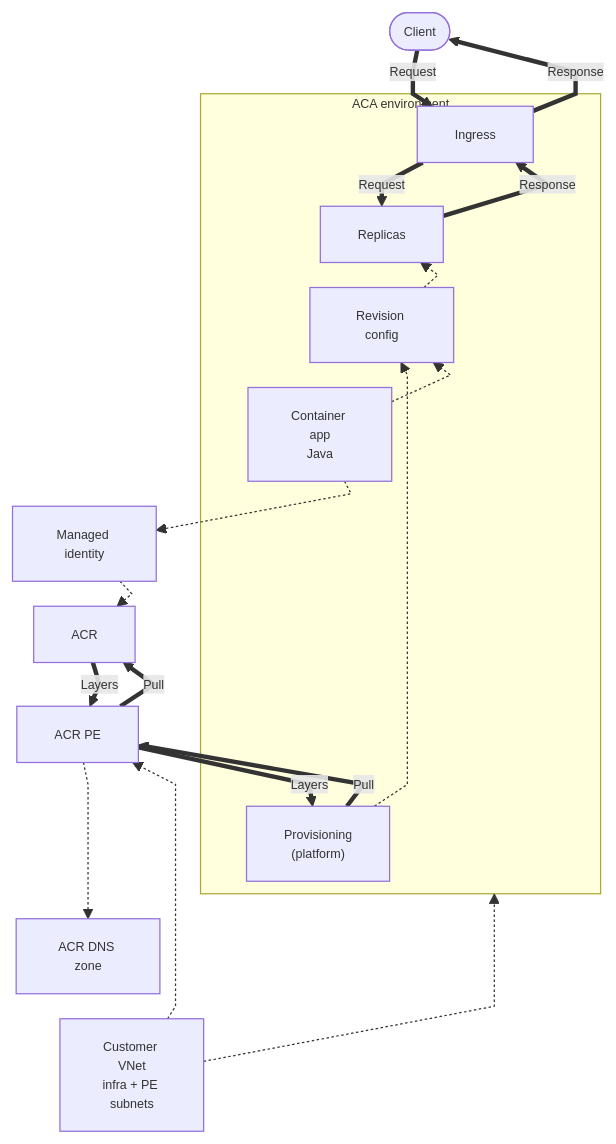
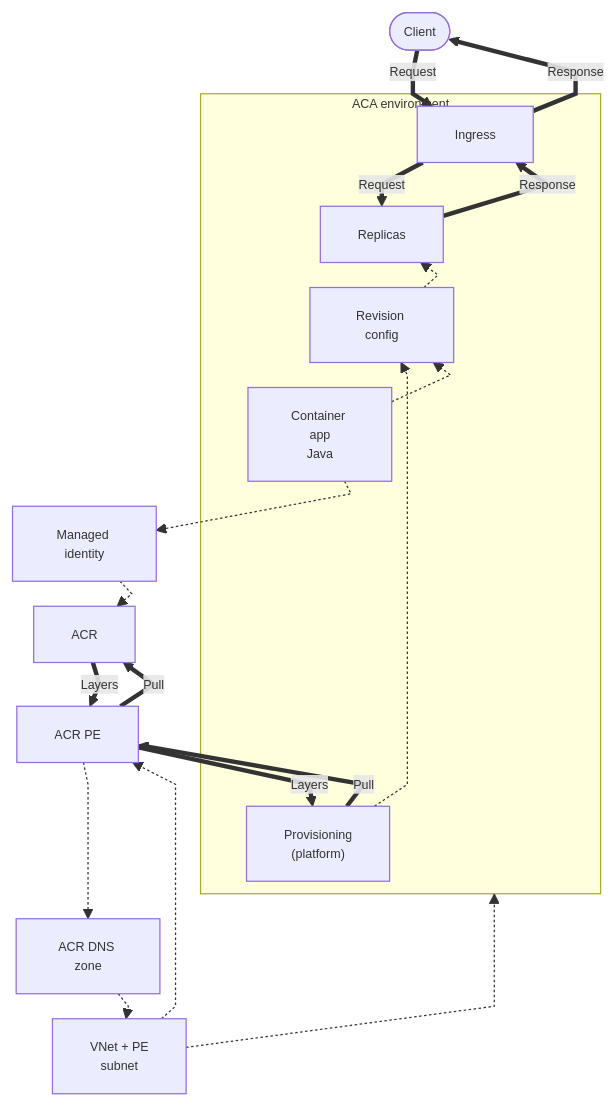
The first of 2 diagrams in docs/language-guides/java/tutorial/03-configuration.md (yeongseon/azure-container-apps-practical-guide), drawn with Mermaid before and after one commit. The commit also changed other lines of this file and 1 other file, not shown here.

Commit message:
fix(diagrams): link Java tutorial DNS zone

````diff
--- a/docs/language-guides/java/tutorial/03-configuration.md
+++ b/docs/language-guides/java/tutorial/03-configuration.md
@@ -36,36 +36,37 @@
 ```mermaid
 %%{init: {"themeVariables": {"fontSize": "10px"}, "flowchart": {"curve": "linear", "nodeSpacing": 5, "rankSpacing": 20, "diagramPadding": 2, "wrappingWidth": 55}}}%%
 flowchart TD
     accTitle: Production-ready Container Apps context for the Java tutorial
-    accDescr: Client requests and responses pass through managed ingress to Java replicas. The customer VNet contains infrastructure and private-endpoint subnets associated with the environment and ACR private endpoint. Managed identity is assigned to the app, and platform provisioning exchanges image pull requests and layer responses with ACR through that endpoint.
+    accDescr: Client requests and responses pass through managed ingress to Java replicas. The customer VNet associates with the environment and ACR private endpoint and links the endpoint's private DNS zone. Managed identity is assigned to the app, and platform provisioning exchanges image pull requests and layer responses with ACR through that endpoint.
     CALLER(["Client"])
-    VNET["Customer VNet<br/>infra + PE subnets"]
+    VNET["VNet + PE<br/>subnet"]
     IDENTITY["Managed identity"]
     PE_ACR["ACR PE"]
     ACR["ACR"]
     DNS["ACR DNS zone"]
     subgraph ENV["ACA environment"]
         INGRESS["Ingress"]
         APP["Container app<br/>Java"]
         REVISION["Revision config"]
         REPLICAS["Replicas"]
         PLATFORM["Provisioning<br/>(platform)"]
     end
     CALLER ~~~ INGRESS ~~~ REPLICAS ~~~ REVISION ~~~ APP ~~~ IDENTITY ~~~ ACR ~~~ PE_ACR ~~~ PLATFORM ~~~ DNS ~~~ VNET
     CALLER ==>|"Request"| INGRESS
     INGRESS ==>|"Response"| CALLER
     INGRESS ==>|"Request"| REPLICAS
     REPLICAS ==>|"Response"| INGRESS
     VNET -.-> ENV
     VNET -.-> PE_ACR
+    DNS -.-> VNET
     APP -.-> IDENTITY
     IDENTITY -.-> ACR
     APP -.-> REVISION
     REVISION -.-> REPLICAS
     PLATFORM -.-> REVISION
     PLATFORM ==>|"Pull"| PE_ACR
     PE_ACR ==>|"Pull"| ACR
     ACR ==>|"Layers"| PE_ACR
     PE_ACR ==>|"Layers"| PLATFORM
     PE_ACR -.-> DNS
 ```
````
